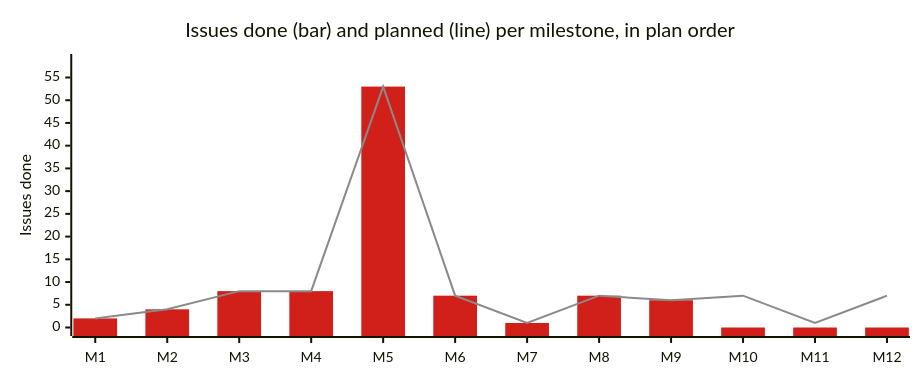
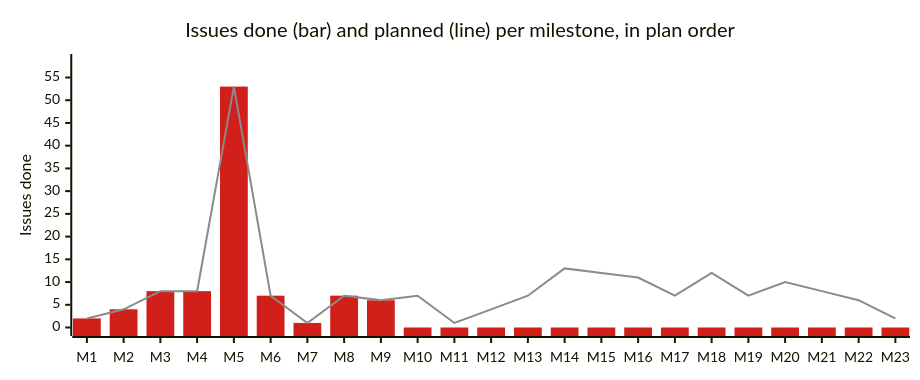
One commit to korczis/OpenTTD changed the diagram in .ai/repo/project/README.md. Above: the diagram before and after it, drawn with Mermaid. The commit also changed other lines of this file and 115 other files, not shown here.

````diff
--- a/.ai/repo/project/README.md
+++ b/.ai/repo/project/README.md
@@ -64,19 +75,19 @@
 ```mermaid
 ---
 config:
   xyChart:
     width: 900
     height: 360
   themeVariables:
     xyChart:
       plotColorPalette: "#d11f1a, #8a8a8a, #0b0b0b, #ece4d6"
 ---
 xychart-beta
     title "Issues done (bar) and planned (line) per milestone, in plan order"
-    x-axis ["M1", "M2", "M3", "M4", "M5", "M6", "M7", "M8", "M9", "M10", "M11", "M12"]
+    x-axis ["M1", "M2", "M3", "M4", "M5", "M6", "M7", "M8", "M9", "M10", "M11", "M12", "M13", "M14", "M15", "M16", "M17", "M18", "M19", "M20", "M21", "M22", "M23"]
     %% series: Issues done | Issues planned
-    %% links: milestones/the-fork-is-a-governed-research-target.yaml | milestones/a-change-is-validated-in-cost-tiers.yaml | milestones/internals-are-observable-with-recorded-provenance.yaml | milestones/prismatic-steers-a-company-through-the-bridge.yaml | milestones/an-agent-reaches-the-game-over-mcp.yaml | milestones/the-fork-is-published-supervised-and-current.yaml | milestones/the-game-wears-the-owners-noir-style.yaml | milestones/planning-is-generated-from-recorded-history.yaml | milestones/rhai-is-a-live-ide.yaml | milestones/records-and-status-tell-the-truth.yaml | milestones/the-toolchain-carries-no-known-vulnerability.yaml | milestones/every-battle-match-explains-itself.yaml
+    %% links: milestones/the-fork-is-a-governed-research-target.yaml | milestones/a-change-is-validated-in-cost-tiers.yaml | milestones/internals-are-observable-with-recorded-provenance.yaml | milestones/prismatic-steers-a-company-through-the-bridge.yaml | milestones/an-agent-reaches-the-game-over-mcp.yaml | milestones/the-fork-is-published-supervised-and-current.yaml | milestones/the-game-wears-the-owners-noir-style.yaml | milestones/planning-is-generated-from-recorded-history.yaml | milestones/rhai-is-a-live-ide.yaml | milestones/records-and-status-tell-the-truth.yaml | milestones/the-toolchain-carries-no-known-vulnerability.yaml | milestones/every-changed-line-is-tested.yaml | milestones/every-battle-match-explains-itself.yaml | milestones/prismatic-ai-grows-its-fleet-and-survives-its-own-failures.yaml | milestones/the-planner-reads-one-coherent-priced-world.yaml | milestones/battlebrain-decides-live-with-rollback.yaml | milestones/evaluations-are-fair-pre-registered-and-paired.yaml | milestones/prismatic-closes-one-real-loop.yaml | milestones/governed-access-is-authenticated-and-every-capability-reaches-every-surface.yaml | milestones/the-live-agent-workbench.yaml | milestones/the-panel-has-integrity.yaml | milestones/algoglyph-is-accountable.yaml | milestones/a-remote-human-plays-the-bot.yaml
     y-axis "Issues done" 0 --> 58.3
-    bar [2, 4, 8, 8, 53, 7, 1, 7, 6, 0, 0, 0]
-    line [2, 4, 8, 8, 53, 7, 1, 7, 6, 7, 1, 7]
+    bar [2, 4, 8, 8, 53, 7, 1, 7, 6, 0, 0, 0, 0, 0, 0, 0, 0, 0, 0, 0, 0, 0, 0]
+    line [2, 4, 8, 8, 53, 7, 1, 7, 6, 7, 1, 4, 7, 13, 12, 11, 7, 12, 7, 10, 8, 6, 2]
 ```
````
